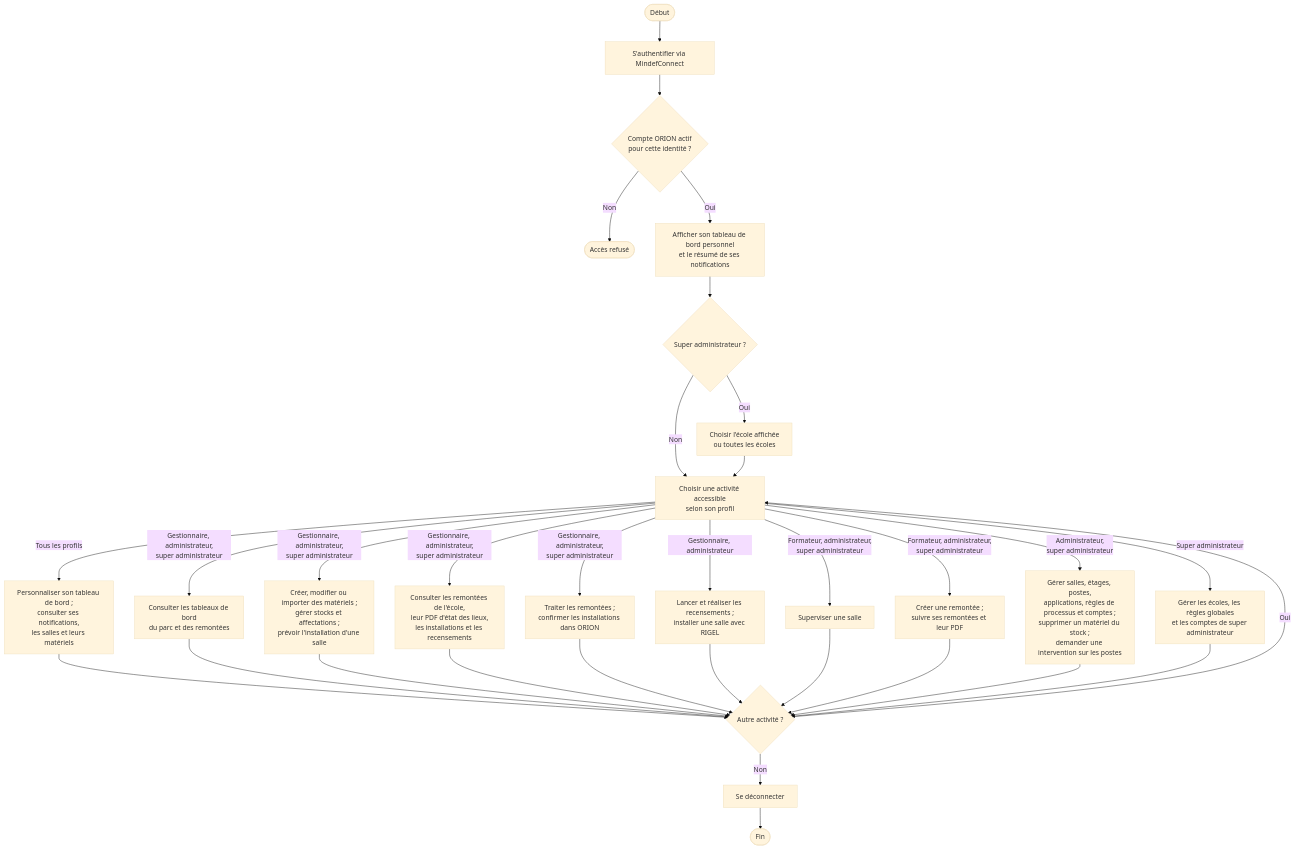
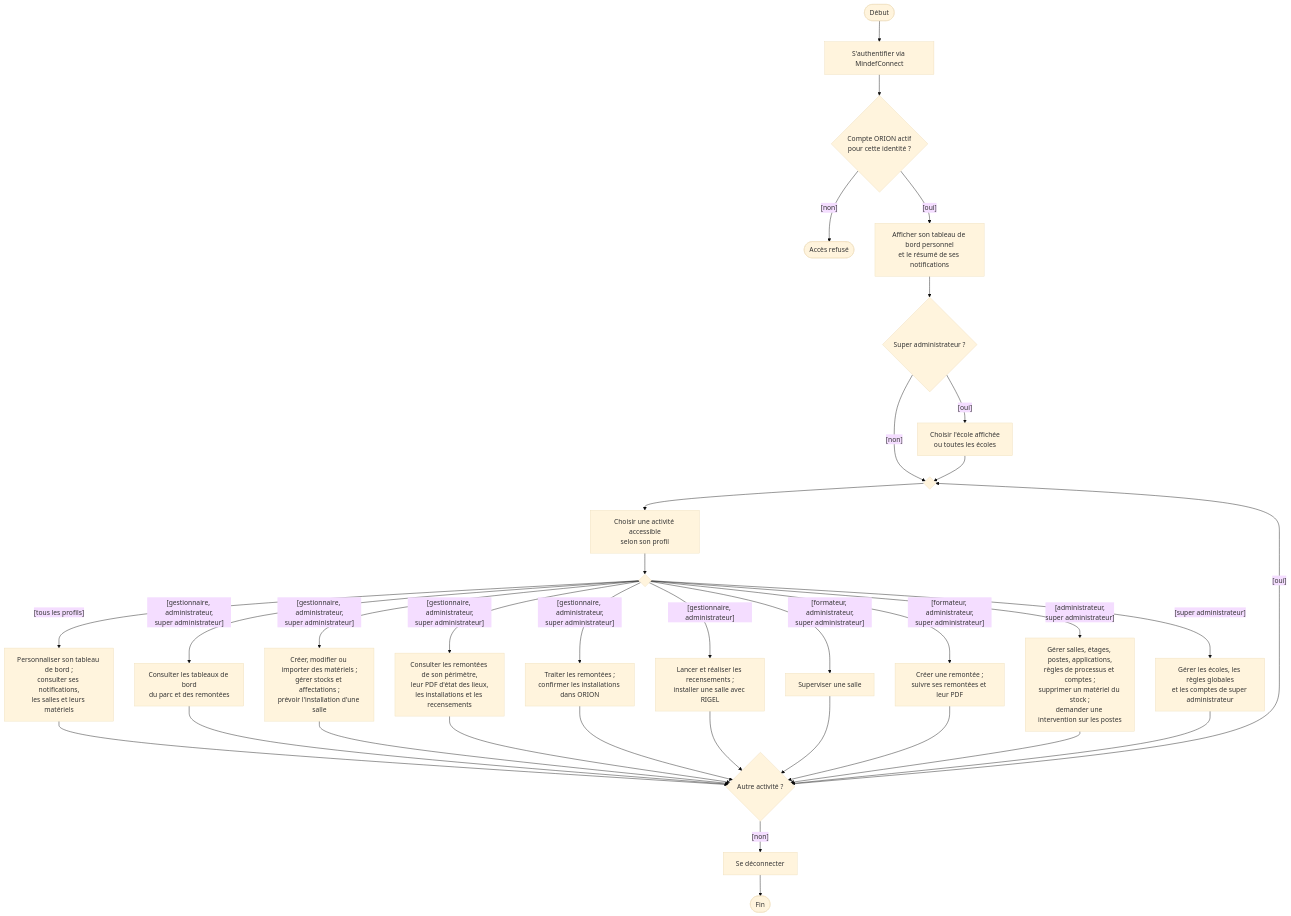
One commit to bpierrelouis/aster changed the first of 10 diagrams in docs/02-ANALYSE/01-MODELISATION-METIER/02-DIAGRAMMES-ACTIVITE.md. Above: the diagram before and after it, drawn with Mermaid (base theme). The commit also changed other lines of this file and 34 other files, not shown here.

First line of the commit message:
docs(diagrammes): aligner les diagrammes UML sur le code et les remettre en page

````diff
--- a/docs/02-ANALYSE/01-MODELISATION-METIER/02-DIAGRAMMES-ACTIVITE.md
+++ b/docs/02-ANALYSE/01-MODELISATION-METIER/02-DIAGRAMMES-ACTIVITE.md
@@ -11,36 +11,38 @@
 ```mermaid
 flowchart TD
     debut(["Début"]) --> authentification["S'authentifier via MindefConnect"]
     authentification --> compte{"Compte ORION actif<br/>pour cette identité ?"}
-    compte -->|"Non"| refus(["Accès refusé"])
-    compte -->|"Oui"| accueil["Afficher son tableau de bord personnel<br/>et le résumé de ses notifications"]
+    compte -->|"[non]"| refus(["Accès refusé"])
+    compte -->|"[oui]"| accueil["Afficher son tableau de bord personnel<br/>et le résumé de ses notifications"]
     accueil --> profil{"Super administrateur ?"}
-    profil -->|"Oui"| ecole["Choisir l'école affichée<br/>ou toutes les écoles"]
-    profil -->|"Non"| choix["Choisir une activité accessible<br/>selon son profil"]
-    ecole --> choix
+    profil -->|"[oui]"| ecole["Choisir l'école affichée<br/>ou toutes les écoles"]
+    profil -->|"[non]"| fusion{" "}
+    ecole --> fusion
+    fusion --> choix["Choisir une activité accessible<br/>selon son profil"]
+    choix --> activite{" "}
 
-    choix -->|"Tous les profils"| personnel["Personnaliser son tableau de bord ;<br/>consulter ses notifications,<br/>les salles et leurs matériels"]
-    choix -->|"Gestionnaire, administrateur,<br/>super administrateur"| bords["Consulter les tableaux de bord<br/>du parc et des remontées"]
-    choix -->|"Gestionnaire, administrateur,<br/>super administrateur"| parc["Créer, modifier ou importer des matériels ;<br/>gérer stocks et affectations ;<br/>prévoir l'installation d'une salle"]
-    choix -->|"Gestionnaire, administrateur,<br/>super administrateur"| suivi["Consulter les remontées de l'école,<br/>leur PDF d'état des lieux,<br/>les installations et les recensements"]
-    choix -->|"Gestionnaire, administrateur,<br/>super administrateur"| traitement["Traiter les remontées ;<br/>confirmer les installations dans ORION"]
-    choix -->|"Gestionnaire, administrateur"| rigel["Lancer et réaliser les recensements ;<br/>installer une salle avec RIGEL"]
-    choix -->|"Formateur, administrateur,<br/>super administrateur"| supervision["Superviser une salle"]
-    choix -->|"Formateur, administrateur,<br/>super administrateur"| remontee["Créer une remontée ;<br/>suivre ses remontées et leur PDF"]
-    choix -->|"Administrateur,<br/>super administrateur"| administration["Gérer salles, étages, postes,<br/>applications, règles de processus et comptes ;<br/>supprimer un matériel du stock ;<br/>demander une intervention sur les postes"]
-    choix -->|"Super administrateur"| global["Gérer les écoles, les règles globales<br/>et les comptes de super administrateur"]
+    activite -->|"[tous les profils]"| personnel["Personnaliser son tableau de bord ;<br/>consulter ses notifications,<br/>les salles et leurs matériels"]
+    activite -->|"[gestionnaire, administrateur,<br/>super administrateur]"| bords["Consulter les tableaux de bord<br/>du parc et des remontées"]
+    activite -->|"[gestionnaire, administrateur,<br/>super administrateur]"| parc["Créer, modifier ou importer des matériels ;<br/>gérer stocks et affectations ;<br/>prévoir l'installation d'une salle"]
+    activite -->|"[gestionnaire, administrateur,<br/>super administrateur]"| suivi["Consulter les remontées de son périmètre,<br/>leur PDF d'état des lieux,<br/>les installations et les recensements"]
+    activite -->|"[gestionnaire, administrateur,<br/>super administrateur]"| traitement["Traiter les remontées ;<br/>confirmer les installations dans ORION"]
+    activite -->|"[gestionnaire, administrateur]"| rigel["Lancer et réaliser les recensements ;<br/>installer une salle avec RIGEL"]
+    activite -->|"[formateur, administrateur,<br/>super administrateur]"| supervision["Superviser une salle"]
+    activite -->|"[formateur, administrateur,<br/>super administrateur]"| remontee["Créer une remontée ;<br/>suivre ses remontées et leur PDF"]
+    activite -->|"[administrateur,<br/>super administrateur]"| administration["Gérer salles, étages, postes, applications,<br/>règles de processus et comptes ;<br/>supprimer un matériel du stock ;<br/>demander une intervention sur les postes"]
+    activite -->|"[super administrateur]"| global["Gérer les écoles, les règles globales<br/>et les comptes de super administrateur"]
 
     personnel --> autre{"Autre activité ?"}
     bords --> autre
     parc --> autre
     suivi --> autre
     traitement --> autre
     rigel --> autre
     supervision --> autre
     remontee --> autre
     administration --> autre
     global --> autre
-    autre -->|"Oui"| choix
-    autre -->|"Non"| deconnexion["Se déconnecter"]
+    autre -->|"[oui]"| fusion
+    autre -->|"[non]"| deconnexion["Se déconnecter"]
     deconnexion --> fin(["Fin"])
 ```
````
